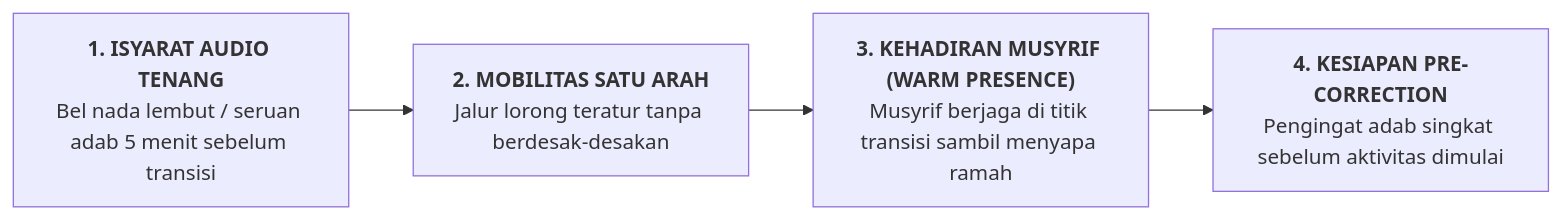
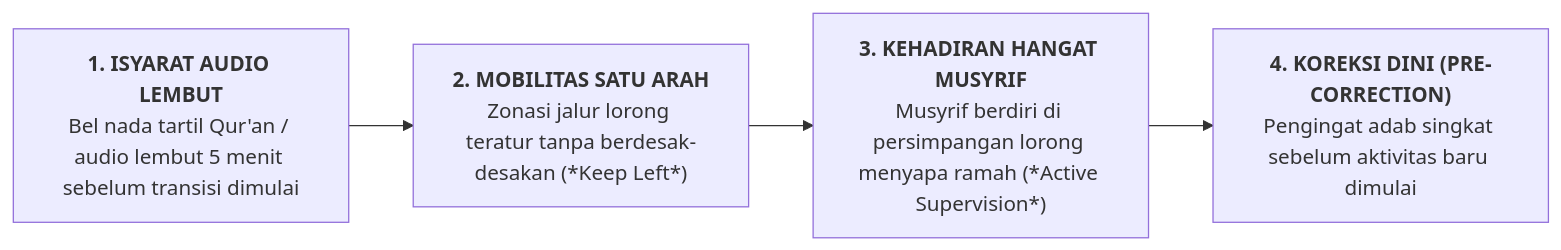
The diagram in BOOK Series 2/Volume-04-Intervensi-PBIS-dan-Disiplin-Restoratif/Bab-02-Intervensi-Tier-1-Universal/04-Standardisasi-Rutinitas-Transisi-24Jam.md (wandiapriliyandi/tumbuh), drawn with Mermaid before and after one commit. The commit also changed other lines of this file and 61 other files, not shown here.

````diff
--- a/BOOK Series 2/Volume-04-Intervensi-PBIS-dan-Disiplin-Restoratif/Bab-02-Intervensi-Tier-1-Universal/04-Standardisasi-Rutinitas-Transisi-24Jam.md
+++ b/BOOK Series 2/Volume-04-Intervensi-PBIS-dan-Disiplin-Restoratif/Bab-02-Intervensi-Tier-1-Universal/04-Standardisasi-Rutinitas-Transisi-24Jam.md
@@ -15,9 +19,6 @@
 ```mermaid
 flowchart LR
-    T1["<b>1. ISYARAT AUDIO TENANG</b><br/>Bel nada lembut / seruan adab 5 menit sebelum transisi"]
-    T2["<b>2. MOBILITAS SATU ARAH</b><br/>Jalur lorong teratur tanpa berdesak-desakan"]
-    T3["<b>3. KEHADIRAN MUSYRIF (WARM PRESENCE)</b><br/>Musyrif berjaga di titik transisi sambil menyapa ramah"]
-    T4["<b>4. KESIAPAN PRE-CORRECTION</b><br/>Pengingat adab singkat sebelum aktivitas dimulai"]
-
-    T1 --> T2 --> T3 --> T4
+    T1["<b>1. ISYARAT AUDIO LEMBUT</b><br/>Bel nada tartil Qur'an / audio lembut 5 menit sebelum transisi dimulai"] --> T2["<b>2. MOBILITAS SATU ARAH</b><br/>Zonasi jalur lorong teratur tanpa berdesak-desakan (*Keep Left*)"]
+    T2 --> T3["<b>3. KEHADIRAN HANGAT MUSYRIF</b><br/>Musyrif berdiri di persimpangan lorong menyapa ramah (*Active Supervision*)"]
+    T3 --> T4["<b>4. KOREKSI DINI (PRE-CORRECTION)</b><br/>Pengingat adab singkat sebelum aktivitas baru dimulai"]
 ```
````
